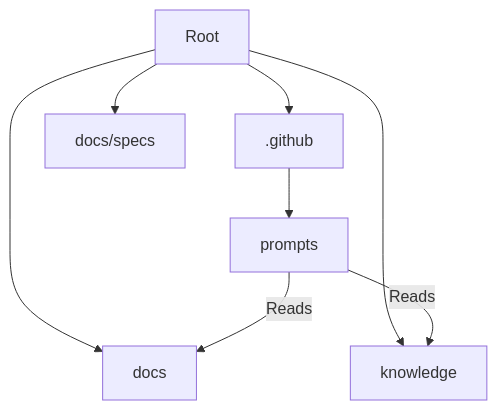
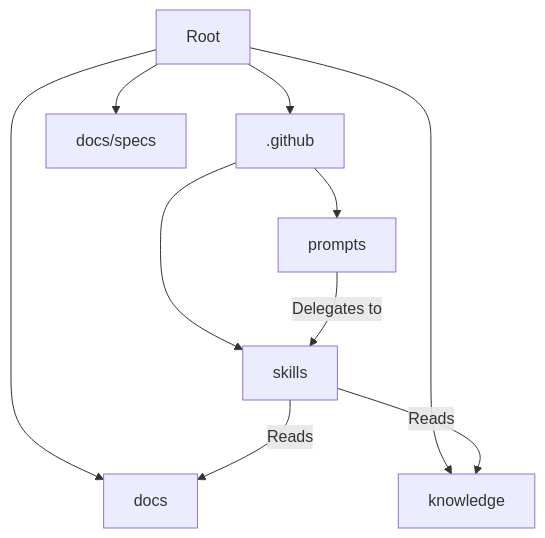
The diagram in docs/architecture/directory-structure.md (LongbowXXX/terraformer), drawn with Mermaid before and after one commit. The commit also changed other lines of this file and 3 other files, not shown here.

````diff
--- a/docs/architecture/directory-structure.md
+++ b/docs/architecture/directory-structure.md
@@ -49,13 +59,14 @@
 ```mermaid
 graph TD
     Root[Root] --> Github[.github]
     Root --> Specs[docs/specs]
     Root --> Knowledge[knowledge]
     Root --> Docs[docs]
 
     Github --> Prompts[prompts]
+    Github --> Skills[skills]
 
-
-    Prompts -->|Reads| Docs
-    Prompts -->|Reads| Knowledge
+    Prompts -->|Delegates to| Skills
+    Skills -->|Reads| Docs
+    Skills -->|Reads| Knowledge
 ```
````
